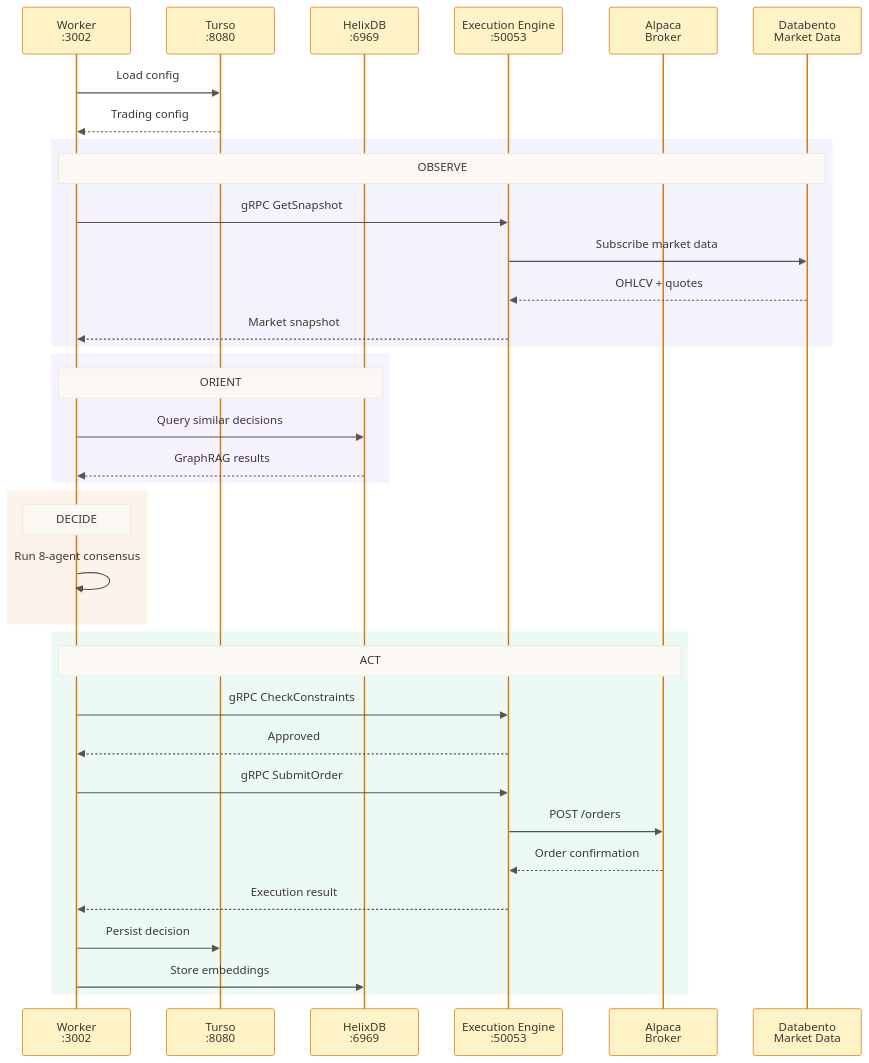
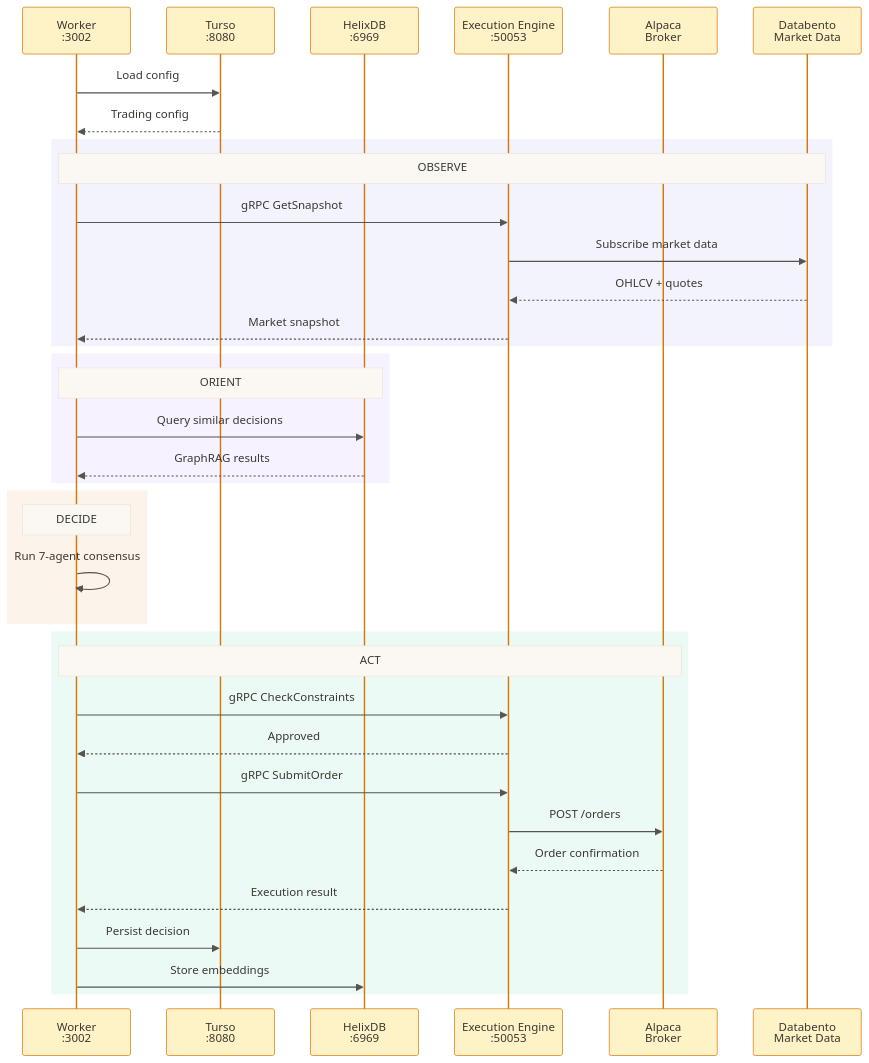
The third of 9 diagrams in ARCHITECTURE.md (ccheney/cream), drawn with Mermaid before and after one commit. The commit also changed other lines of this file and 46 other files, not shown here.

First line of the commit message:
refactor: remove astrology agent and chart reading service

````diff
--- a/ARCHITECTURE.md
+++ b/ARCHITECTURE.md
@@ -112,44 +112,44 @@
 ```mermaid
 %%{init: {'theme': 'base', 'themeVariables': { 'primaryColor': '#FEF3C7', 'primaryTextColor': '#3D3832', 'lineColor': '#78716C', 'actorBkg': '#FEF3C7', 'actorBorder': '#D97706', 'actorTextColor': '#3D3832', 'activationBkgColor': '#F5F1EA', 'activationBorderColor': '#D97706', 'signalColor': '#57534E', 'signalTextColor': '#3D3832', 'noteBkgColor': '#FBF8F3', 'noteBorderColor': '#EBE5DA', 'noteTextColor': '#3D3832'}}}%%
 sequenceDiagram
     participant W as Worker<br/>:3002
     participant T as Turso<br/>:8080
     participant H as HelixDB<br/>:6969
     participant E as Execution Engine<br/>:50053
     participant B as Alpaca<br/>Broker
     participant M as Databento<br/>Market Data
 
     W->>T: Load config
     T-->>W: Trading config
 
     rect rgba(99, 102, 241, 0.08)
         Note over W,M: OBSERVE
         W->>E: gRPC GetSnapshot
         E->>M: Subscribe market data
         M-->>E: OHLCV + quotes
         E-->>W: Market snapshot
     end
 
     rect rgba(139, 92, 246, 0.08)
         Note over W,H: ORIENT
         W->>H: Query similar decisions
         H-->>W: GraphRAG results
     end
 
     rect rgba(217, 119, 6, 0.08)
         Note over W: DECIDE
-        W->>W: Run 8-agent consensus
+        W->>W: Run 7-agent consensus
     end
 
     rect rgba(16, 185, 129, 0.08)
         Note over W,B: ACT
         W->>E: gRPC CheckConstraints
         E-->>W: Approved
         W->>E: gRPC SubmitOrder
         E->>B: POST /orders
         B-->>E: Order confirmation
         E-->>W: Execution result
         W->>T: Persist decision
         W->>H: Store embeddings
     end
 ```
````
